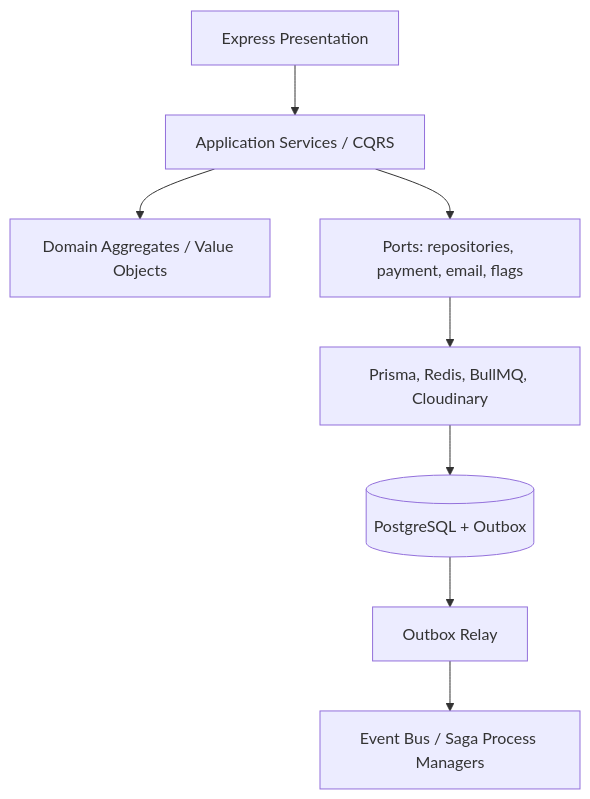
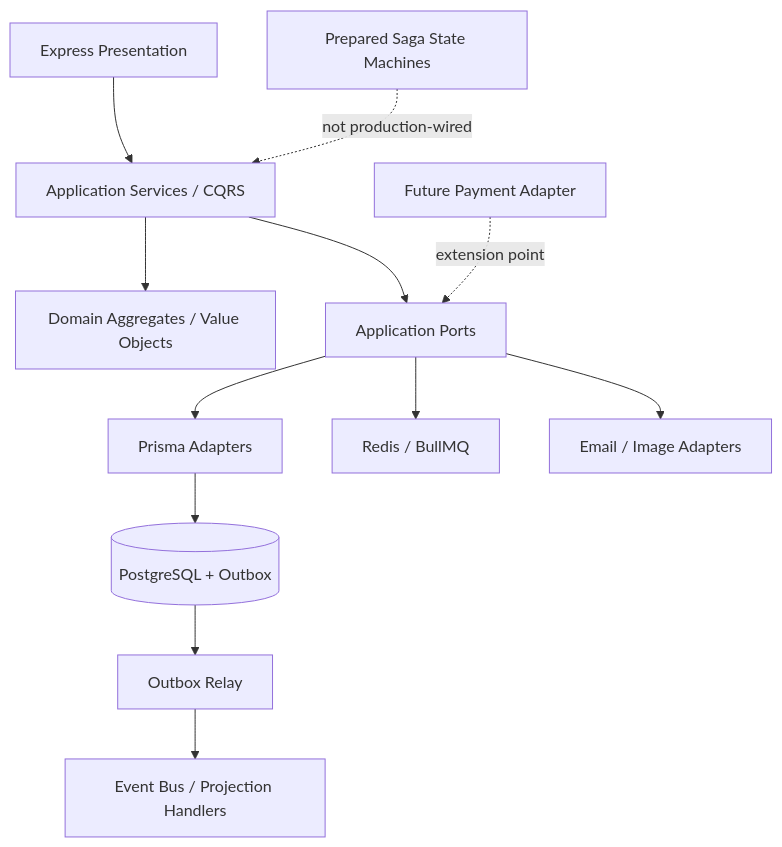
Before and after one commit to Thang4869/TriAD-Backend: the second of 4 diagrams in README.md, drawn with Mermaid. The commit also changed other lines of this file and 1 other file, not shown here.

````diff
--- a/README.md
+++ b/README.md
@@ -271,10 +449,17 @@
 ```mermaid
 flowchart TB
-	API[Express Presentation] --> App[Application Services / CQRS]
-	App --> Domain[Domain Aggregates / Value Objects]
-	App --> Ports[Ports: repositories, payment, email, flags]
-	Ports --> Adapters[Prisma, Redis, BullMQ, Cloudinary]
-	Adapters --> DB[(PostgreSQL + Outbox)]
-	DB --> Relay[Outbox Relay]
-	Relay --> Bus[Event Bus / Saga Process Managers]
+    HTTP[Express Presentation] --> App[Application Services / CQRS]
+    App --> Domain[Domain Aggregates / Value Objects]
+    App --> Ports[Application Ports]
+
+    Ports --> Prisma[Prisma Adapters]
+    Ports --> RedisAdapter[Redis / BullMQ]
+    Ports --> External[Email / Image Adapters]
+
+    Prisma --> DB[(PostgreSQL + Outbox)]
+    DB --> Relay[Outbox Relay]
+    Relay --> EventBus[Event Bus / Projection Handlers]
+
+    Saga[Prepared Saga State Machines] -. not production-wired .-> App
+    Payment[Future Payment Adapter] -. extension point .-> Ports
 ```
````
